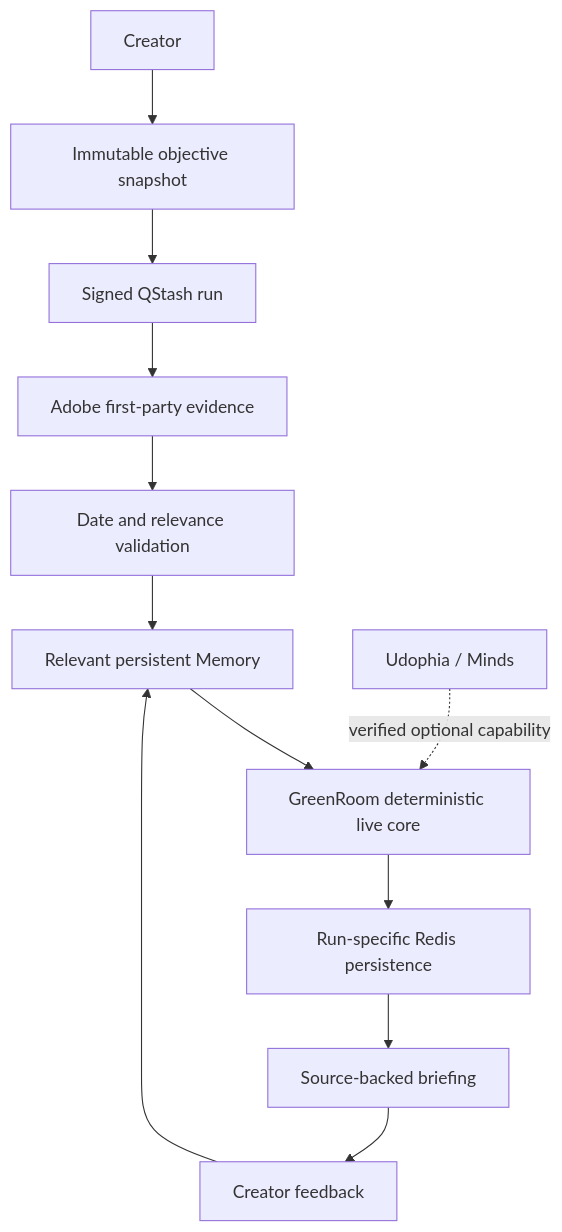
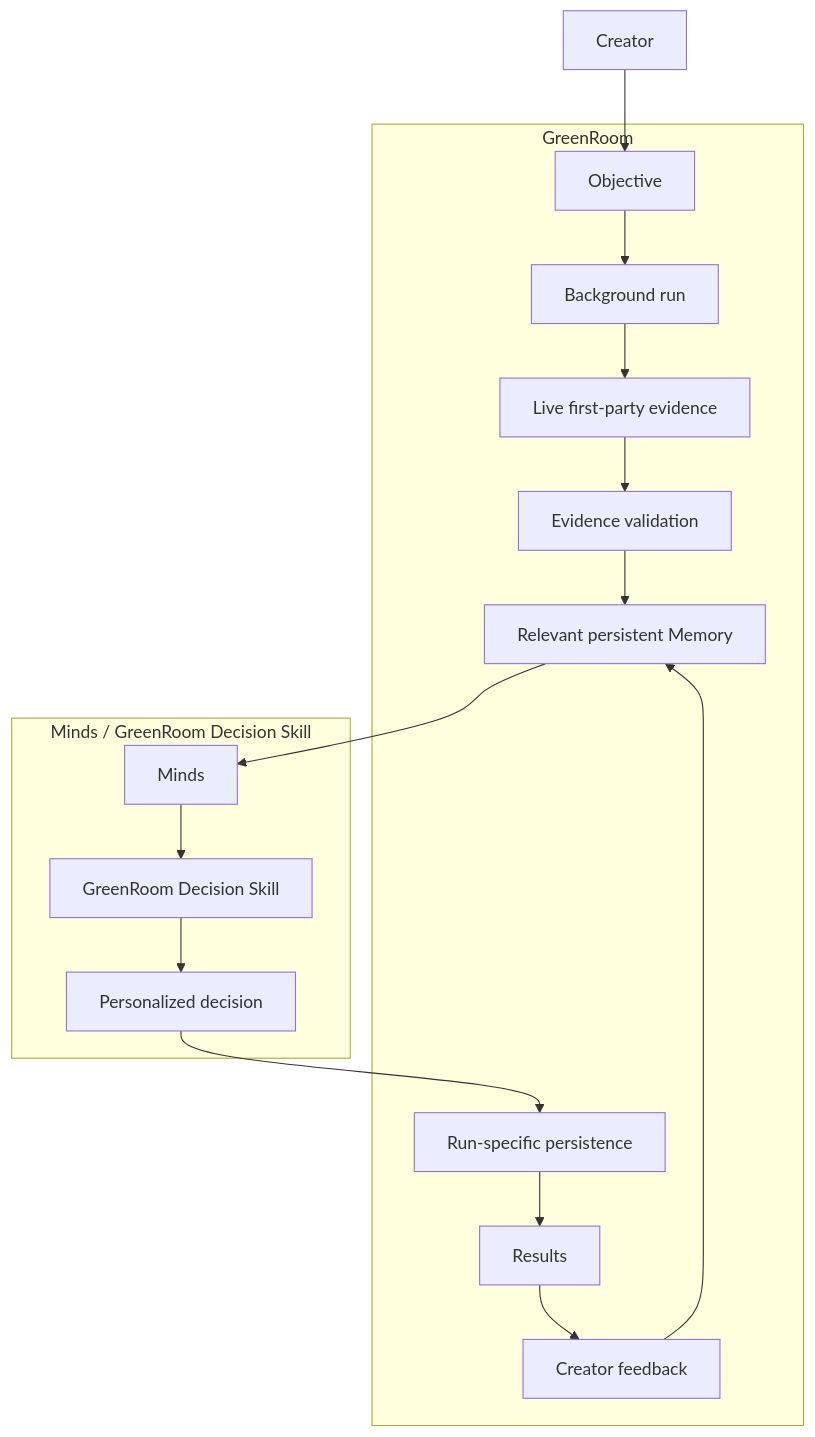
Before and after one commit to YakiUdoph/GreenRoom: the diagram in README.md, drawn with Mermaid. The commit also changed other lines of this file, not shown here.

Commit message:
docs: align architecture with verified Minds flow

````diff
--- a/README.md
+++ b/README.md
@@ -83,14 +85,34 @@
 ```mermaid
 flowchart TD
-    C[Creator] --> O[Immutable objective snapshot]
-    O --> Q[Signed QStash run]
-    Q --> E[Adobe first-party evidence]
-    E --> V[Date and relevance validation]
-    V --> M[Relevant persistent Memory]
-    M --> D[GreenRoom deterministic live core]
-    D --> P[Run-specific Redis persistence]
-    P --> B[Source-backed briefing]
-    B --> F[Creator feedback]
+    C[Creator]
+
+    subgraph GR[GreenRoom]
+        O[Objective]
+        R[Background run]
+        E[Live first-party evidence]
+        V[Evidence validation]
+        M[Relevant persistent Memory]
+        P[Run-specific persistence]
+        X[Results]
+        F[Creator feedback]
+    end
+
+    subgraph MS[Minds / GreenRoom Decision Skill]
+        N[Minds]
+        S[GreenRoom Decision Skill]
+        D[Personalized decision]
+    end
+
+    C --> O
+    O --> R
+    R --> E
+    E --> V
+    V --> M
+    M --> N
+    N --> S
+    S --> D
+    D --> P
+    P --> X
+    X --> F
     F --> M
-    U[Udophia / Minds] -. verified optional capability .-> D
 ```
````
